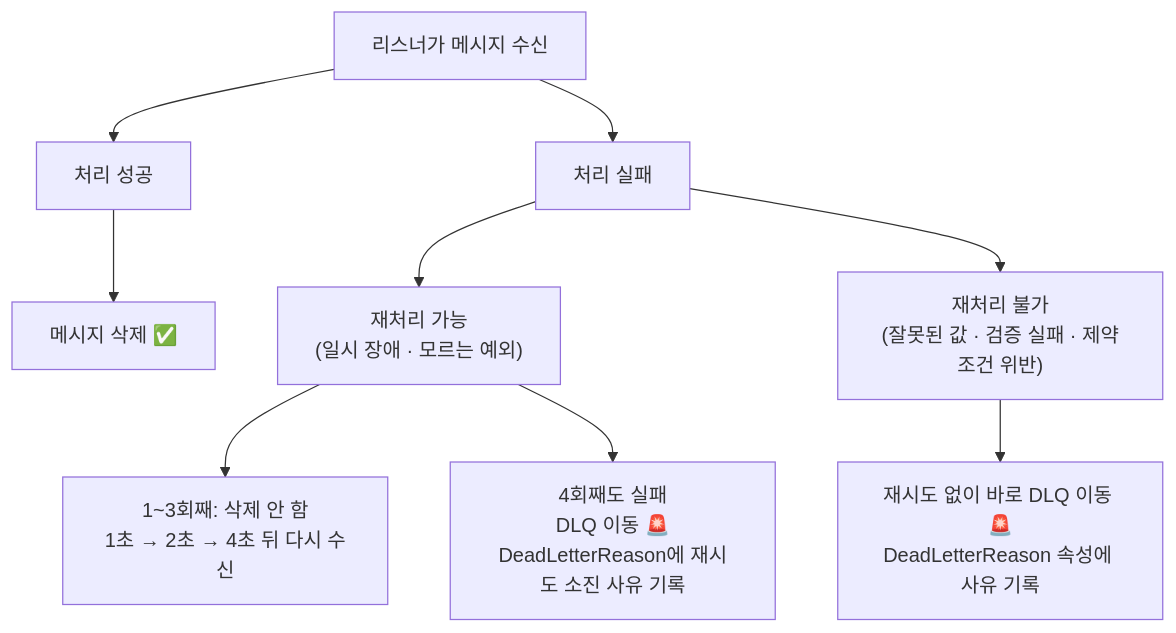
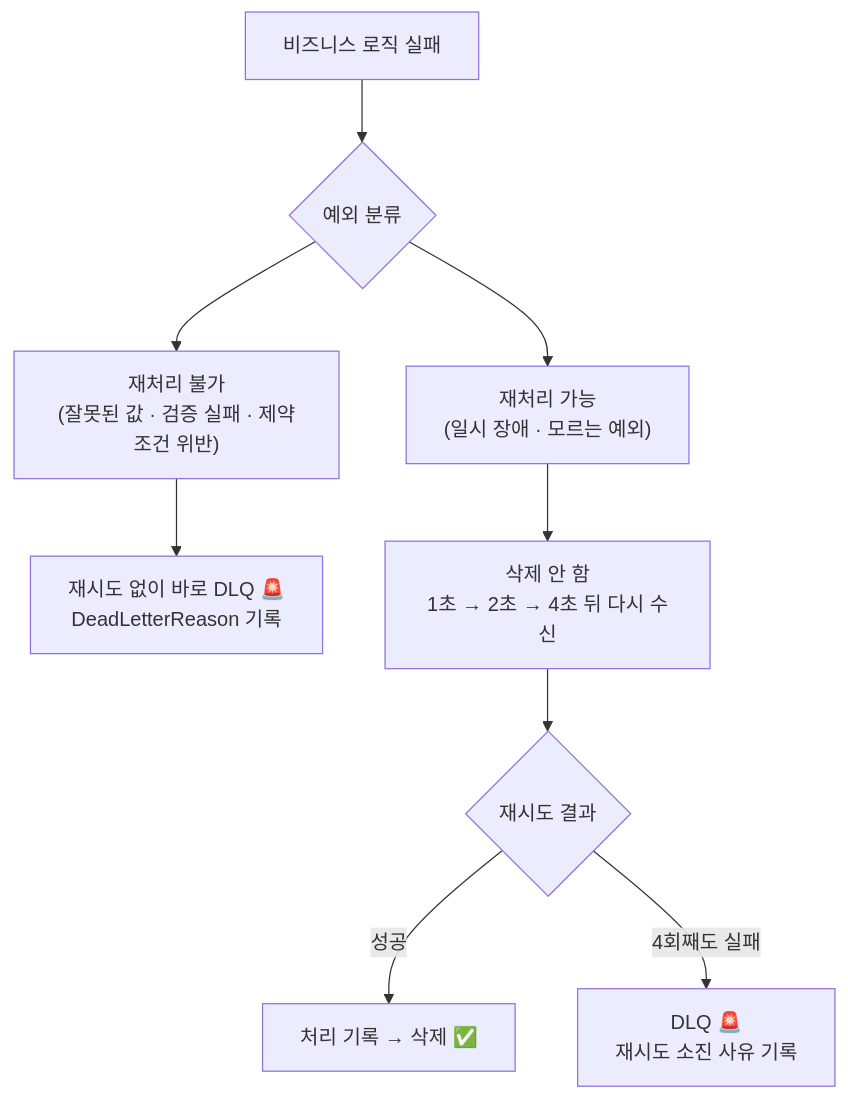
Before and after one commit to rivertw777/ModuDrive-API: the fourth of 4 diagrams in .docs/spec/messaging-spec.md, drawn with Mermaid. The commit also changed other lines of this file, not shown here.

````diff
--- a/.docs/spec/messaging-spec.md
+++ b/.docs/spec/messaging-spec.md
@@ -114,11 +197,11 @@
 ```mermaid
 flowchart TD
-    A["리스너가 메시지 수신"] --> B["처리 성공"]
-    A --> F["처리 실패"]
-    B --> B1["메시지 삭제 ✅"]
-    F --> R["재처리 가능<br/>(일시 장애 · 모르는 예외)"]
-    F --> P["재처리 불가<br/>(잘못된 값 · 검증 실패 · 제약조건 위반)"]
-    R --> R1["1~3회째: 삭제 안 함<br/>1초 → 2초 → 4초 뒤 다시 수신"]
-    R --> R2["4회째도 실패<br/>DLQ 이동 🚨<br/>DeadLetterReason에 재시도 소진 사유 기록"]
-    P --> P1["재시도 없이 바로 DLQ 이동 🚨<br/>DeadLetterReason 속성에 사유 기록"]
+    A["비즈니스 로직 실패"] --> CLS{"예외 분류"}
+    CLS --> P["재처리 불가<br/>(잘못된 값 · 검증 실패 · 제약조건 위반)"]
+    CLS --> R["재처리 가능<br/>(일시 장애 · 모르는 예외)"]
+    P --> P1["재시도 없이 바로 DLQ 🚨<br/>DeadLetterReason 기록"]
+    R --> R1["삭제 안 함<br/>1초 → 2초 → 4초 뒤 다시 수신"]
+    R1 --> R2{"재시도 결과"}
+    R2 -- "성공" --> OK["처리 기록 → 삭제 ✅"]
+    R2 -- "4회째도 실패" --> R3["DLQ 🚨<br/>재시도 소진 사유 기록"]
 ```
````
